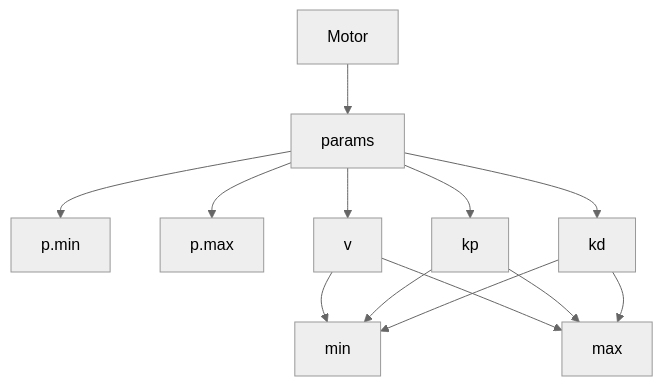
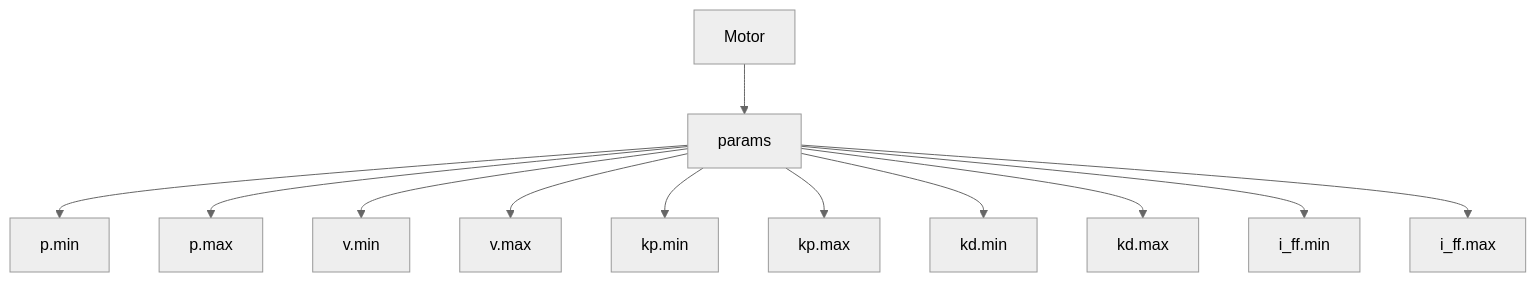
One commit to NDHANA94/hyperdog.AI-microROS-workspace changed the diagram in README.md. Above: the diagram before and after it, drawn with Mermaid (neutral theme).

````diff
--- a/README.md
+++ b/README.md
@@ -13,16 +13,16 @@
 ```mermaid
 graph TD;
     Motor-->params;
     params-->p.min;
     params-->p.max;
-    params-->v;
-    v-->min;
-    v-->max;
-    params-->kp;
-    kp-->min;
-    kp-->max;
-    params-->kd;
-    kd-->min;
-    kd-->max;
+    params-->v.min;
+    params-->v.max;
+    params-->kp.min;
+    params-->kp.max;
+    params-->kd.min;
+    params-->kd.max;
+    params-->i_ff.min;
+    params-->i_ff.max;
+
     ;
 ```
````
